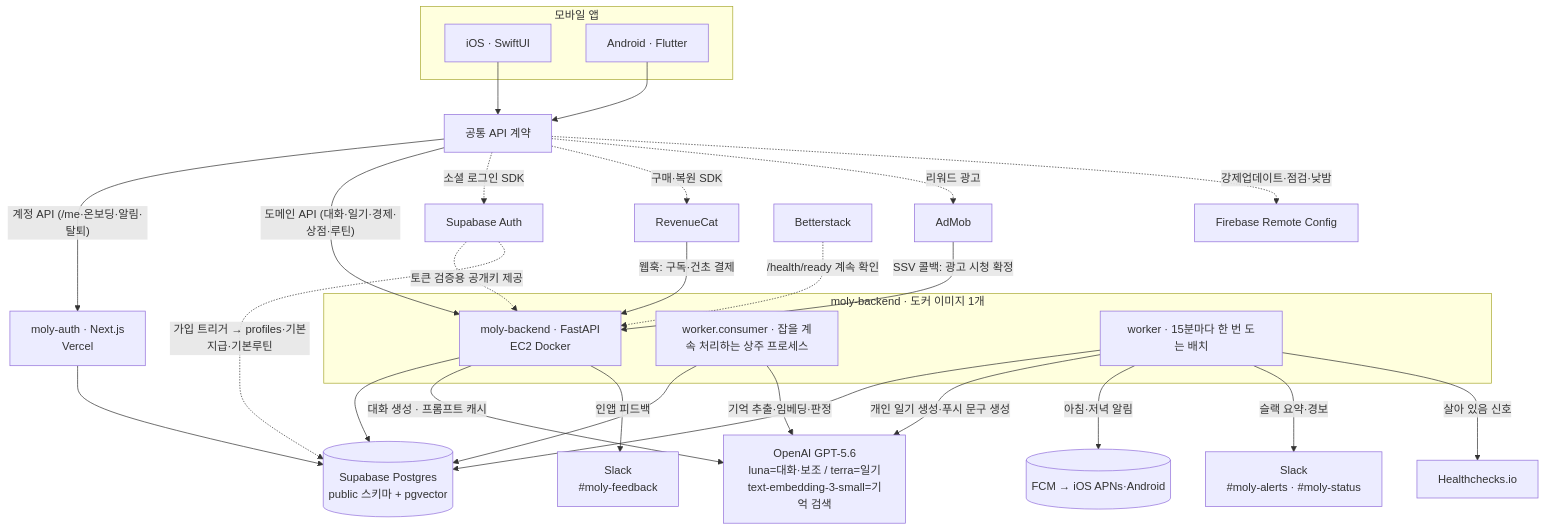
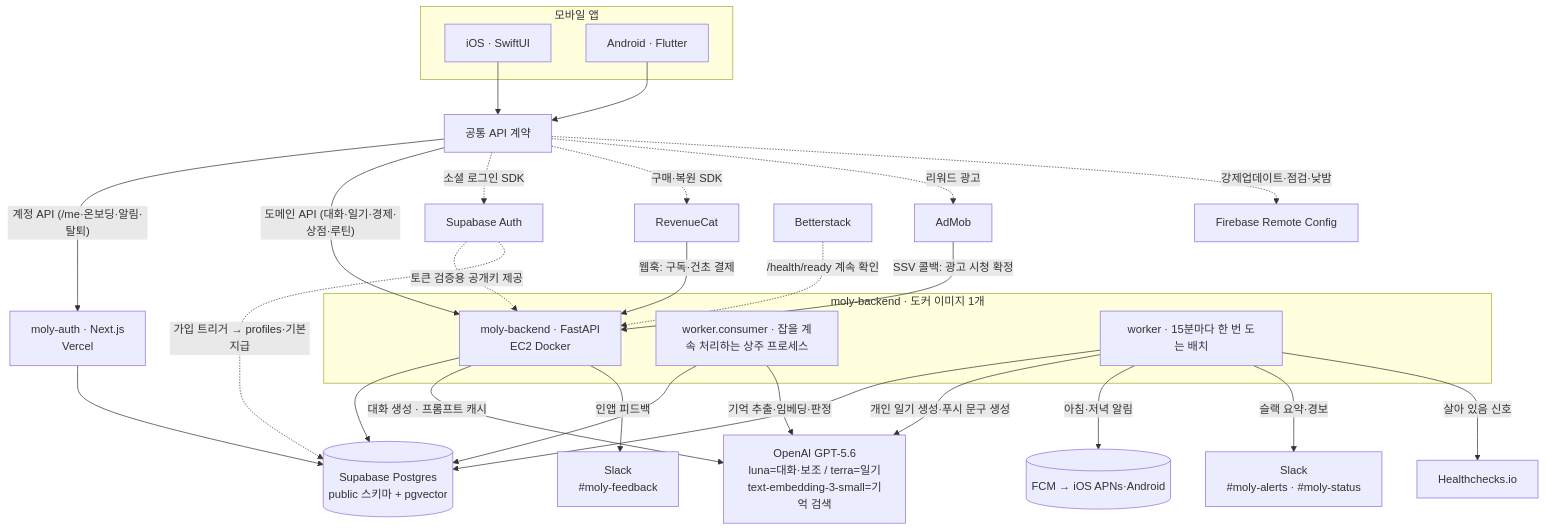
Before and after one commit to SOMA-OneTwoThree/moly-backend: the first of 2 diagrams in docs/ARCHITECTURE.md, drawn with Mermaid. The commit also changed other lines of this file and 7 other files, not shown here.

````diff
--- a/docs/ARCHITECTURE.md
+++ b/docs/ARCHITECTURE.md
@@ -66,41 +66,41 @@
 ```mermaid
 flowchart TB
   subgraph C[모바일 앱]
     IOS[iOS · SwiftUI]
     AND[Android · Flutter]
   end
   IOS --> V[공통 API 계약]
   AND --> V
   V -->|"계정 API (/me·온보딩·알림·탈퇴)"| AUTH[moly-auth · Next.js<br/>Vercel]
   V -->|"도메인 API (대화·일기·경제·상점·루틴)"| API[moly-backend · FastAPI<br/>EC2 Docker]
   V -.->|소셜 로그인 SDK| SA[Supabase Auth]
   V -.->|구매·복원 SDK| RC[RevenueCat]
   V -.->|리워드 광고| AD[AdMob]
   V -.->|강제업데이트·점검·낮밤| FB[Firebase Remote Config]
 
   subgraph BE[moly-backend · 도커 이미지 1개]
     API
     W1[worker.consumer · 잡을 계속 처리하는 상주 프로세스]
     W2[worker · 15분마다 한 번 도는 배치]
   end
 
   AUTH --> DB[(Supabase Postgres<br/>public 스키마 + pgvector)]
   API --> DB
   W1 --> DB
   W2 --> DB
   SA -. 토큰 검증용 공개키 제공 .-> API
-  SA -. 가입 트리거 → profiles·기본지급·기본루틴 .-> DB
+  SA -. 가입 트리거 → profiles·기본지급 .-> DB
 
   API -->|"대화 생성 · 프롬프트 캐시"| OAI["OpenAI GPT-5.6<br/>luna=대화·보조 / terra=일기<br/>text-embedding-3-small=기억 검색"]
   W1 -->|"기억 추출·임베딩·판정"| OAI
   W2 -->|"개인 일기 생성·푸시 문구 생성"| OAI
   W2 -->|아침·저녁 알림| FCM[(FCM → iOS APNs·Android)]
 
   RC -->|웹훅: 구독·건초 결제| API
   AD -->|SSV 콜백: 광고 시청 확정| API
 
   W2 -->|"슬랙 요약·경보"| SLK[Slack<br/>#moly-alerts · #moly-status]
   API -->|"인앱 피드백"| SLKF[Slack<br/>#moly-feedback]
   W2 -->|"살아 있음 신호"| HC[Healthchecks.io]
   BS[Betterstack] -.->|"/health/ready 계속 확인"| API
 ```
````
